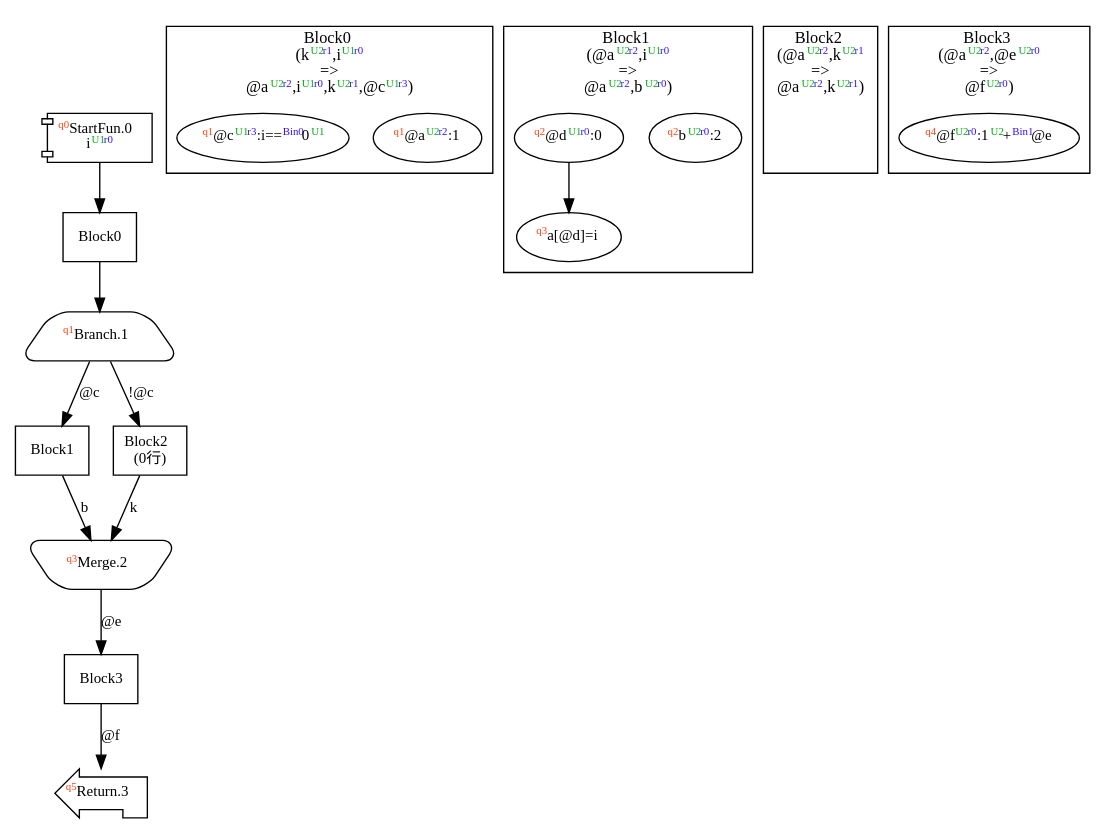
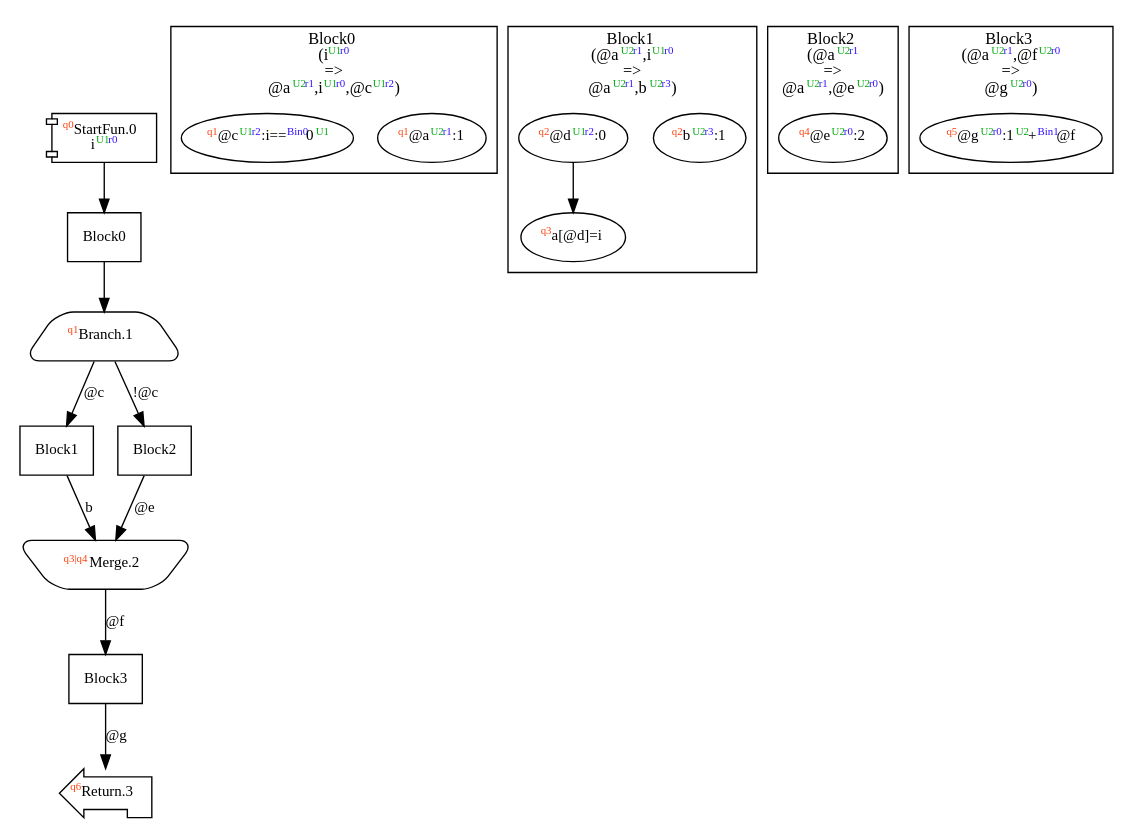
One commit to akouryy/SyntheScala changed the diagram in dist/complexIf.dot. Above: the diagram before and after it, drawn with Graphviz. The commit also changed 20 other files, not shown here.

Commit message:
[parallel] Pass all tests by fixes: * allow merge names without register allocation in Composer, * distinguish jump states and node states in Liveness, and * revert complexIf example (todo)

```diff
--- a/dist/complexIf.dot
+++ b/dist/complexIf.dot
@@ -1,48 +1,48 @@
 digraph Program_ {
   graph [fontname = "Monaco", fontsize = 12, ranksep = 0.5];
   node [shape = box, fontname = "Monaco", fontsize = 11; colorscheme = pastel19];
   edge [fontname = "Monaco", fontsize = 11; colorscheme = pastel19];
   Jump0[label = <<font color="#ff4411" point-size="8"><sup>q0</sup></font>StartFun.0<br/>i<font color="#00aa11" point-size="8"><sup>U1</sup></font><font color="#3311ff" point-size="8"><sup>r0</sup></font>>; shape = component];
   Jump0 -> Block0;
   Jump1[
     label = <<font color="#ff4411" point-size="8"><sup>q1</sup></font>Branch.1>;
     shape = trapezium; style = rounded;
   ];
   Block0 -> Jump1;
   Jump1 -> Block1 [label=<@c>];
   Jump1 -> Block2 [label=<!@c>];
-  Jump2[label = <<font color="#ff4411" point-size="8"><sup>q3</sup></font>Merge.2>; shape = invtrapezium; style = rounded];
+  Jump2[label = <<font color="#ff4411" point-size="8"><sup>q3|q4</sup></font>Merge.2>; shape = invtrapezium; style = rounded];
   Block1 -> Jump2 [label=<b>];
-  Block2 -> Jump2 [label=<k>];
-  Jump2 -> Block3 [label=<@e>];
-  Jump3[label = <<font color="#ff4411" point-size="8"><sup>q5</sup></font>Return.3>; shape = lpromoter];
-  Block3 -> Jump3 [label=<@f>];
+  Block2 -> Jump2 [label=<@e>];
+  Jump2 -> Block3 [label=<@f>];
+  Jump3[label = <<font color="#ff4411" point-size="8"><sup>q6</sup></font>Return.3>; shape = lpromoter];
+  Block3 -> Jump3 [label=<@g>];
   Block0 [label = "Block0"];
   Block1 [label = "Block1"];
-  Block2 [label = "Block2\l(0行)"];
+  Block2 [label = "Block2"];
   Block3 [label = "Block3"];
   subgraph cluster_dfg_Block0 {
     node [shape = oval];
-    label = <Block0<br/>(k<font color="#00aa11" point-size="8"><sup>U2</sup></font><font color="#3311ff" point-size="8"><sup>r1</sup></font>,i<font color="#00aa11" point-size="8"><sup>U1</sup></font><font color="#3311ff" point-size="8"><sup>r0</sup></font><br/>=&gt;<br/>@a<font color="#00aa11" point-size="8"><sup>U2</sup></font><font color="#3311ff" point-size="8"><sup>r2</sup></font>,i<font color="#00aa11" point-size="8"><sup>U1</sup></font><font color="#3311ff" point-size="8"><sup>r0</sup></font>,k<font color="#00aa11" point-size="8"><sup>U2</sup></font><font color="#3311ff" point-size="8"><sup>r1</sup></font>,@c<font color="#00aa11" point-size="8"><sup>U1</sup></font><font color="#3311ff" point-size="8"><sup>r3</sup></font>)>;
-    0 [label=<<font color="#ff4411" point-size="8"><sup>q1</sup></font>@a<font color="#00aa11" point-size="8"><sup>U2</sup></font><font color="#3311ff" point-size="8"><sup>r2</sup></font>:1>];
-    2 [label=<<font color="#ff4411" point-size="8"><sup>q1</sup></font>@c<font color="#00aa11" point-size="8"><sup>U1</sup></font><font color="#3311ff" point-size="8"><sup>r3</sup></font>:i==<font color="#3311ff" point-size="8"><sup>Bin0</sup></font>0<font color="#00aa11" point-size="8"><sup>U1</sup></font>>];
+    label = <Block0<br/>(i<font color="#00aa11" point-size="8"><sup>U1</sup></font><font color="#3311ff" point-size="8"><sup>r0</sup></font><br/>=&gt;<br/>@a<font color="#00aa11" point-size="8"><sup>U2</sup></font><font color="#3311ff" point-size="8"><sup>r1</sup></font>,i<font color="#00aa11" point-size="8"><sup>U1</sup></font><font color="#3311ff" point-size="8"><sup>r0</sup></font>,@c<font color="#00aa11" point-size="8"><sup>U1</sup></font><font color="#3311ff" point-size="8"><sup>r2</sup></font>)>;
+    0 [label=<<font color="#ff4411" point-size="8"><sup>q1</sup></font>@a<font color="#00aa11" point-size="8"><sup>U2</sup></font><font color="#3311ff" point-size="8"><sup>r1</sup></font>:1>];
+    2 [label=<<font color="#ff4411" point-size="8"><sup>q1</sup></font>@c<font color="#00aa11" point-size="8"><sup>U1</sup></font><font color="#3311ff" point-size="8"><sup>r2</sup></font>:i==<font color="#3311ff" point-size="8"><sup>Bin0</sup></font>0<font color="#00aa11" point-size="8"><sup>U1</sup></font>>];
   }
   subgraph cluster_dfg_Block1 {
     node [shape = oval];
-    label = <Block1<br/>(@a<font color="#00aa11" point-size="8"><sup>U2</sup></font><font color="#3311ff" point-size="8"><sup>r2</sup></font>,i<font color="#00aa11" point-size="8"><sup>U1</sup></font><font color="#3311ff" point-size="8"><sup>r0</sup></font><br/>=&gt;<br/>@a<font color="#00aa11" point-size="8"><sup>U2</sup></font><font color="#3311ff" point-size="8"><sup>r2</sup></font>,b<font color="#00aa11" point-size="8"><sup>U2</sup></font><font color="#3311ff" point-size="8"><sup>r0</sup></font>)>;
-    3 [label=<<font color="#ff4411" point-size="8"><sup>q2</sup></font>b<font color="#00aa11" point-size="8"><sup>U2</sup></font><font color="#3311ff" point-size="8"><sup>r0</sup></font>:2>];
-    4 [label=<<font color="#ff4411" point-size="8"><sup>q2</sup></font>@d<font color="#00aa11" point-size="8"><sup>U1</sup></font><font color="#3311ff" point-size="8"><sup>r0</sup></font>:0>];
+    label = <Block1<br/>(@a<font color="#00aa11" point-size="8"><sup>U2</sup></font><font color="#3311ff" point-size="8"><sup>r1</sup></font>,i<font color="#00aa11" point-size="8"><sup>U1</sup></font><font color="#3311ff" point-size="8"><sup>r0</sup></font><br/>=&gt;<br/>@a<font color="#00aa11" point-size="8"><sup>U2</sup></font><font color="#3311ff" point-size="8"><sup>r1</sup></font>,b<font color="#00aa11" point-size="8"><sup>U2</sup></font><font color="#3311ff" point-size="8"><sup>r3</sup></font>)>;
+    3 [label=<<font color="#ff4411" point-size="8"><sup>q2</sup></font>b<font color="#00aa11" point-size="8"><sup>U2</sup></font><font color="#3311ff" point-size="8"><sup>r3</sup></font>:1>];
+    4 [label=<<font color="#ff4411" point-size="8"><sup>q2</sup></font>@d<font color="#00aa11" point-size="8"><sup>U1</sup></font><font color="#3311ff" point-size="8"><sup>r2</sup></font>:0>];
     5 [label=<<font color="#ff4411" point-size="8"><sup>q3</sup></font>a[@d&#93;=i>];
     4 -> 5;
   }
   subgraph cluster_dfg_Block2 {
     node [shape = oval];
-    label = <Block2<br/>(@a<font color="#00aa11" point-size="8"><sup>U2</sup></font><font color="#3311ff" point-size="8"><sup>r2</sup></font>,k<font color="#00aa11" point-size="8"><sup>U2</sup></font><font color="#3311ff" point-size="8"><sup>r1</sup></font><br/>=&gt;<br/>@a<font color="#00aa11" point-size="8"><sup>U2</sup></font><font color="#3311ff" point-size="8"><sup>r2</sup></font>,k<font color="#00aa11" point-size="8"><sup>U2</sup></font><font color="#3311ff" point-size="8"><sup>r1</sup></font>)>;
-    dummy [style=invis];
+    label = <Block2<br/>(@a<font color="#00aa11" point-size="8"><sup>U2</sup></font><font color="#3311ff" point-size="8"><sup>r1</sup></font><br/>=&gt;<br/>@a<font color="#00aa11" point-size="8"><sup>U2</sup></font><font color="#3311ff" point-size="8"><sup>r1</sup></font>,@e<font color="#00aa11" point-size="8"><sup>U2</sup></font><font color="#3311ff" point-size="8"><sup>r0</sup></font>)>;
+    6 [label=<<font color="#ff4411" point-size="8"><sup>q4</sup></font>@e<font color="#00aa11" point-size="8"><sup>U2</sup></font><font color="#3311ff" point-size="8"><sup>r0</sup></font>:2>];
   }
   subgraph cluster_dfg_Block3 {
     node [shape = oval];
-    label = <Block3<br/>(@a<font color="#00aa11" point-size="8"><sup>U2</sup></font><font color="#3311ff" point-size="8"><sup>r2</sup></font>,@e<font color="#00aa11" point-size="8"><sup>U2</sup></font><font color="#3311ff" point-size="8"><sup>r0</sup></font><br/>=&gt;<br/>@f<font color="#00aa11" point-size="8"><sup>U2</sup></font><font color="#3311ff" point-size="8"><sup>r0</sup></font>)>;
-    6 [label=<<font color="#ff4411" point-size="8"><sup>q4</sup></font>@f<font color="#00aa11" point-size="8"><sup>U2</sup></font><font color="#3311ff" point-size="8"><sup>r0</sup></font>:1<font color="#00aa11" point-size="8"><sup>U2</sup></font>+<font color="#3311ff" point-size="8"><sup>Bin1</sup></font>@e>];
+    label = <Block3<br/>(@a<font color="#00aa11" point-size="8"><sup>U2</sup></font><font color="#3311ff" point-size="8"><sup>r1</sup></font>,@f<font color="#00aa11" point-size="8"><sup>U2</sup></font><font color="#3311ff" point-size="8"><sup>r0</sup></font><br/>=&gt;<br/>@g<font color="#00aa11" point-size="8"><sup>U2</sup></font><font color="#3311ff" point-size="8"><sup>r0</sup></font>)>;
+    7 [label=<<font color="#ff4411" point-size="8"><sup>q5</sup></font>@g<font color="#00aa11" point-size="8"><sup>U2</sup></font><font color="#3311ff" point-size="8"><sup>r0</sup></font>:1<font color="#00aa11" point-size="8"><sup>U2</sup></font>+<font color="#3311ff" point-size="8"><sup>Bin1</sup></font>@f>];
   }
 }
```
